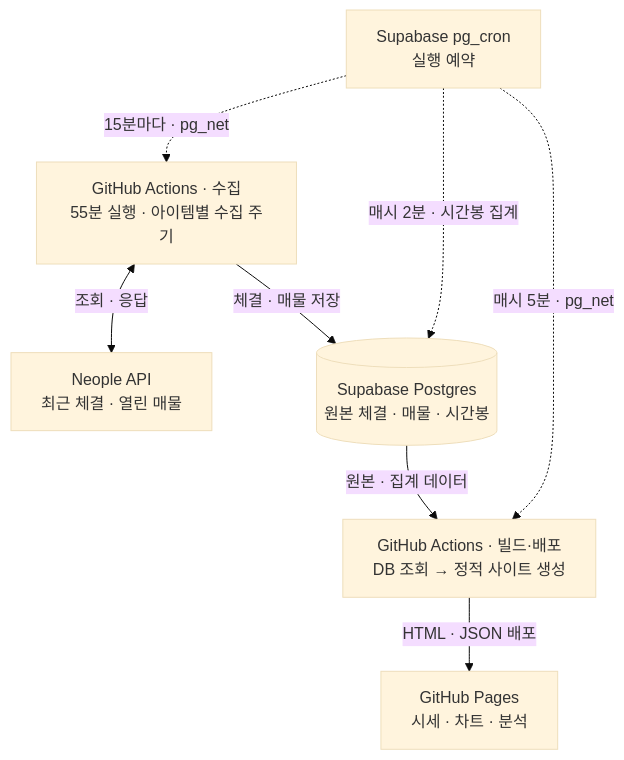
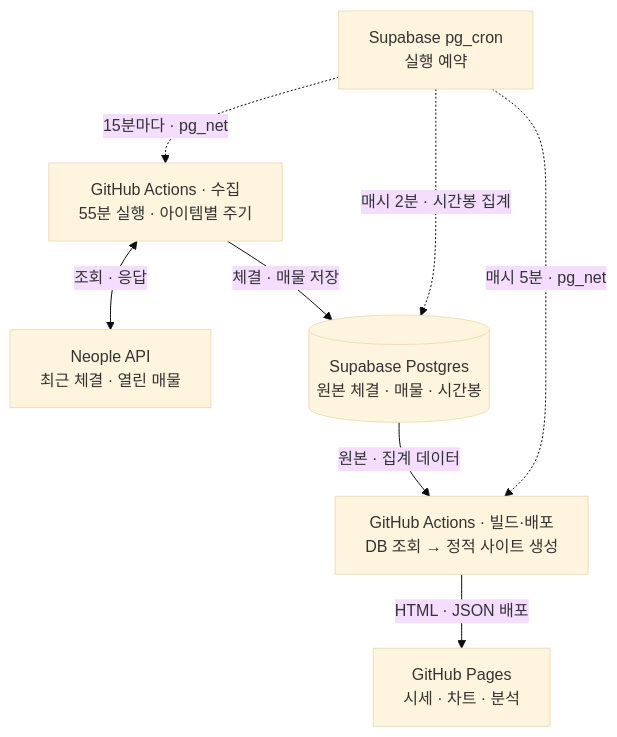
The diagram in README.md (kimtaehoon1107-gif/dnf-price-tracker), drawn with Mermaid (base theme) before and after one commit.

Commit message:
docs: shorten collector diagram label

````diff
--- a/README.md
+++ b/README.md
@@ -52,17 +52,17 @@
 ```mermaid
 flowchart TD
     cron["Supabase pg_cron<br/>실행 예약"]
     api["Neople API<br/>최근 체결 · 열린 매물"]
-    collect["GitHub Actions · 수집<br/>55분 실행 · 아이템별 수집 주기"]
+    collect["GitHub Actions · 수집<br/>55분 실행 · 아이템별 주기"]
     db[("Supabase Postgres<br/>원본 체결 · 매물 · 시간봉")]
     build["GitHub Actions · 빌드·배포<br/>DB 조회 → 정적 사이트 생성"]
     pages["GitHub Pages<br/>시세 · 차트 · 분석"]
 
     cron -. "15분마다 · pg_net" .-> collect
     collect <-->|"조회 · 응답"| api
     collect -->|"체결 · 매물 저장"| db
     cron -. "매시 2분 · 시간봉 집계" .-> db
     cron -. "매시 5분 · pg_net" .-> build
     db -->|"원본 · 집계 데이터"| build
     build -->|"HTML · JSON 배포"| pages
 ```
````
